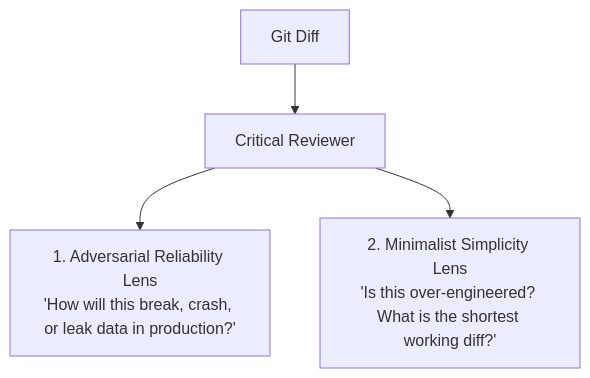
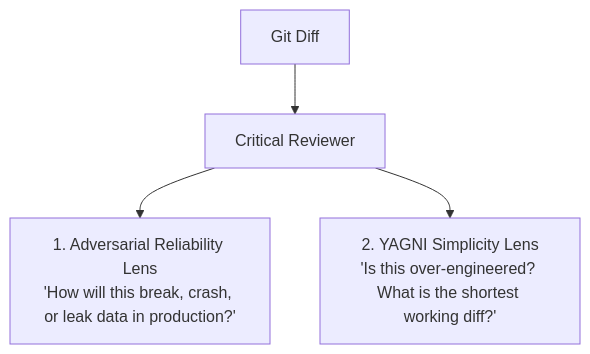
Before and after one commit to damsonaldson/critical-reviewer: the diagram in README.md, drawn with Mermaid. The commit also changed other lines of this file and 2 other files, not shown here.

Commit message:
Simplify review lens to strict YAGNI principles

````diff
--- a/README.md
+++ b/README.md
@@ -17,6 +17,6 @@
 ```mermaid
 flowchart TD
     Diff["Git Diff"] --> Reviewer["Critical Reviewer"]
     Reviewer --> A["1. Adversarial Reliability Lens<br/>'How will this break, crash, or leak data in production?'"]
-    Reviewer --> B["2. Minimalist Simplicity Lens<br/>'Is this over-engineered? What is the shortest working diff?'"]
+    Reviewer --> B["2. YAGNI Simplicity Lens<br/>'Is this over-engineered? What is the shortest working diff?'"]
 ```
````
